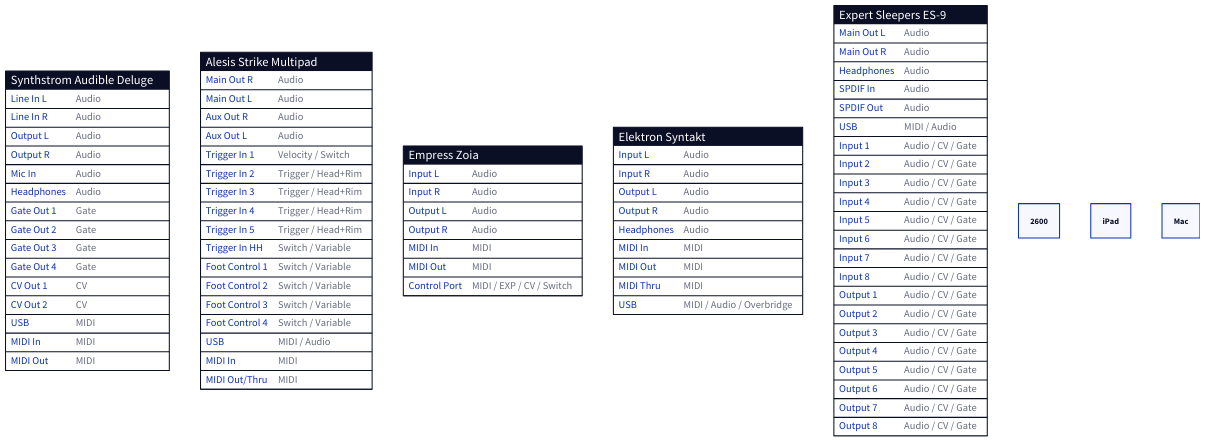
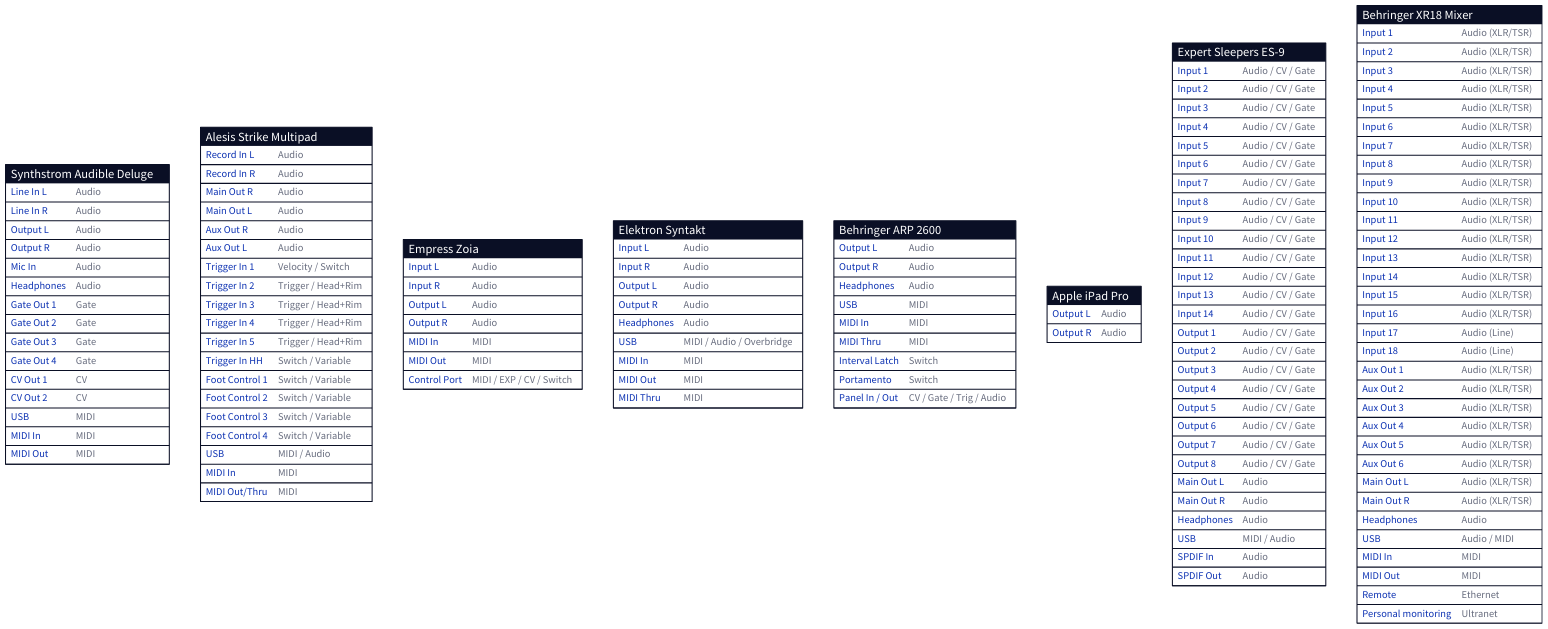
One commit to havard-fjaer/Documentation changed the diagram in studio/studio.d2. Above: the diagram before and after it, drawn with D2. The commit also changed 3 other files, not shown here.

```diff
--- a/studio/studio.d2
+++ b/studio/studio.d2
@@ -1,89 +1,146 @@
 Synthstrom Audible Deluge : {
     shape: "sql_table"
     Line In L:Audio
     Line In R:Audio
     Output L:Audio
     Output R:Audio
     Mic In:Audio
     Headphones:Audio
     Gate Out 1:Gate
     Gate Out 2:Gate
     Gate Out 3:Gate
     Gate Out 4:Gate
     CV Out 1:CV
     CV Out 2:CV
     USB: MIDI
     MIDI In:MIDI
     MIDI Out:MIDI
 }
 Alesis Strike Multipad:{
     shape: "sql_table"
+    Record In L:Audio
+    Record In R:Audio
     Main Out R:Audio
     Main Out L:Audio
     Aux Out R:Audio
     Aux Out L:Audio 
     Trigger In 1:Velocity / Switch
     Trigger In 2:Trigger / Head+Rim
     Trigger In 3:Trigger / Head+Rim
     Trigger In 4:Trigger / Head+Rim
     Trigger In 5:Trigger / Head+Rim
     Trigger In HH:Switch / Variable
     Foot Control 1:Switch / Variable
     Foot Control 2:Switch / Variable
     Foot Control 3:Switch / Variable
     Foot Control 4:Switch / Variable
     USB: MIDI / Audio
     MIDI In:MIDI
     MIDI Out/Thru:MIDI
 }
 Empress Zoia {
     shape: "sql_table"
     Input L:Audio
     Input R:Audio
     Output L:Audio
     Output R:Audio
     MIDI In:MIDI
     MIDI Out:MIDI
     Control Port: MIDI / EXP / CV / Switch
     
 }
 Elektron Syntakt {
     shape: "sql_table"
     Input L:Audio
     Input R:Audio
     Output L:Audio
     Output R:Audio
     Headphones:Audio
+    USB: MIDI / Audio / Overbridge
     MIDI In:MIDI
     MIDI Out:MIDI
     MIDI Thru:MIDI
-    USB: MIDI / Audio / Overbridge
+}
+Behringer ARP 2600 {
+    shape: "sql_table"
+    Output L:Audio
+    Output R:Audio
+    Headphones:Audio
+    USB:MIDI
+    MIDI In:MIDI
+    MIDI Thru:MIDI
+    Interval Latch:Switch
+    Portamento:Switch
+    Panel In / Out:CV / Gate / Trig / Audio
+}
+Apple iPad Pro {
+    shape: "sql_table"
+    Output L:Audio
+    Output R:Audio
 }
 Expert Sleepers ES-9 {
     shape: "sql_table"
-    Main Out L:Audio
-    Main Out R:Audio
-    Headphones:Audio    
-    SPDIF In:Audio
-    SPDIF Out:Audio
-    USB: MIDI / Audio
     Input 1:Audio / CV / Gate
     Input 2:Audio / CV / Gate
     Input 3:Audio / CV / Gate
     Input 4:Audio / CV / Gate
     Input 5:Audio / CV / Gate
     Input 6:Audio / CV / Gate
     Input 7:Audio / CV / Gate
     Input 8:Audio / CV / Gate
+    Input 9:Audio / CV / Gate
+    Input 10:Audio / CV / Gate
+    Input 11:Audio / CV / Gate
+    Input 12:Audio / CV / Gate
+    Input 13:Audio / CV / Gate
+    Input 14:Audio / CV / Gate
     Output 1:Audio / CV / Gate
     Output 2:Audio / CV / Gate
     Output 3:Audio / CV / Gate
     Output 4:Audio / CV / Gate
     Output 5:Audio / CV / Gate
     Output 6:Audio / CV / Gate
     Output 7:Audio / CV / Gate
     Output 8:Audio / CV / Gate
+    Main Out L:Audio
+    Main Out R:Audio
+    Headphones:Audio    
+    USB: MIDI / Audio
+    SPDIF In:Audio
+    SPDIF Out:Audio
 }
-2600
-iPad
-Mac
+Behringer XR18 Mixer {
+    shape: "sql_table"
+    Input 1:Audio (XLR/TSR)
+    Input 2:Audio (XLR/TSR)
+    Input 3:Audio (XLR/TSR)
+    Input 4:Audio (XLR/TSR)
+    Input 5:Audio (XLR/TSR)
+    Input 6:Audio (XLR/TSR)
+    Input 7:Audio (XLR/TSR)
+    Input 8:Audio (XLR/TSR)
+    Input 9:Audio (XLR/TSR)
+    Input 10:Audio (XLR/TSR)
+    Input 11:Audio (XLR/TSR)
+    Input 12:Audio (XLR/TSR)
+    Input 13:Audio (XLR/TSR)
+    Input 14:Audio (XLR/TSR)
+    Input 15:Audio (XLR/TSR)
+    Input 16:Audio (XLR/TSR)
+    Input 17:Audio (Line)
+    Input 18:Audio (Line)
+    Aux Out 1:Audio (XLR/TSR)
+    Aux Out 2:Audio (XLR/TSR)
+    Aux Out 3:Audio (XLR/TSR)
+    Aux Out 4:Audio (XLR/TSR)
+    Aux Out 5:Audio (XLR/TSR)
+    Aux Out 6:Audio (XLR/TSR)
+    Main Out L:Audio (XLR/TSR)
+    Main Out R:Audio (XLR/TSR)
+    Headphones:Audio
+    USB:Audio / MIDI
+    MIDI In:MIDI
+    MIDI Out:MIDI
+    Remote:Ethernet
+    Personal monitoring:Ultranet
+}
```
